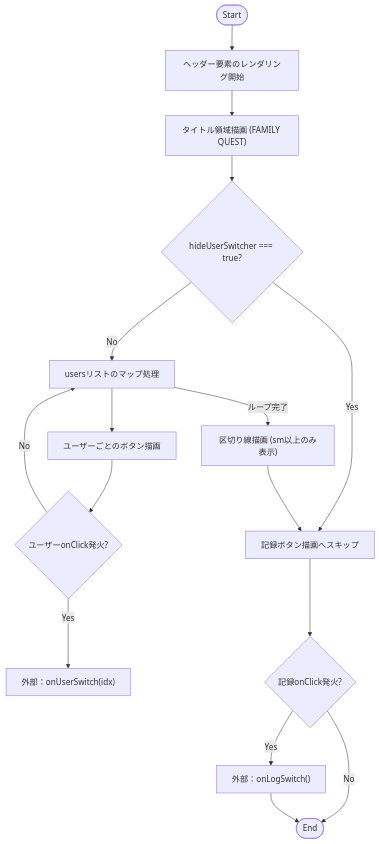
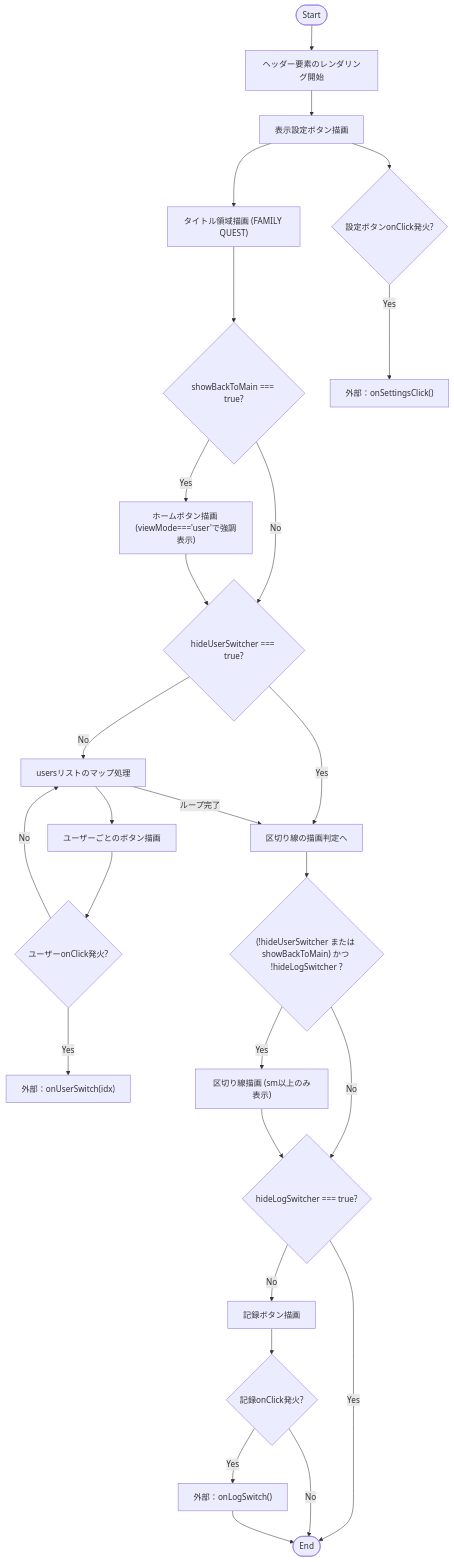
The first of 2 diagrams in docs/specifications/family-quest/src/components/layout/Header.md (mmtigers/my_python_project), drawn with Mermaid before and after one commit. The commit also changed other lines of this file and 65 other files, not shown here.

First line of the commit message:
docs(specifications): resolve spec drift across MY_HOME_SYSTEM/DDD/family-quest

````diff
--- a/docs/specifications/family-quest/src/components/layout/Header.md
+++ b/docs/specifications/family-quest/src/components/layout/Header.md
@@ -84,23 +81,36 @@
 ```mermaid
 flowchart TD
     Start([Start]) --> RenderHeader["ヘッダー要素のレンダリング開始"]
-    RenderHeader --> RenderTitle["タイトル領域描画 (FAMILY QUEST)"]
+    RenderHeader --> RenderSettingsBtn["表示設定ボタン描画"]
+    RenderSettingsBtn --> RenderTitle["タイトル領域描画 (FAMILY QUEST)"]
 
-    RenderTitle --> CheckHide{"hideUserSwitcher === true?"}
-    CheckHide -- Yes --> RenderLogBtn["記録ボタン描画へスキップ"]
-    CheckHide -- No --> LoopUsers["usersリストのマップ処理"]
+    RenderTitle --> CheckBackToMain{"showBackToMain === true?"}
+    CheckBackToMain -- Yes --> RenderHomeBtn["ホームボタン描画 (viewMode==='user'で強調表示)"]
+    CheckBackToMain -- No --> CheckHideUser
+    RenderHomeBtn --> CheckHideUser{"hideUserSwitcher === true?"}
+
+    CheckHideUser -- Yes --> CheckDivider["区切り線の描画判定へ"]
+    CheckHideUser -- No --> LoopUsers["usersリストのマップ処理"]
 
     LoopUsers --> RenderUserBtn["ユーザーごとのボタン描画"]
     RenderUserBtn --> UserClick{"ユーザーonClick発火?"}
     UserClick -- Yes --> UserSwitch["外部：onUserSwitch(idx)"]
     UserClick -- No --> LoopUsers
 
-    LoopUsers -- ループ完了 --> RenderDivider["区切り線描画 (sm以上のみ表示)"]
-    RenderDivider --> RenderLogBtn
+    LoopUsers -- ループ完了 --> CheckDivider
+    CheckDivider --> DividerCond{"(!hideUserSwitcher または showBackToMain) かつ !hideLogSwitcher ?"}
+    DividerCond -- Yes --> RenderDivider["区切り線描画 (sm以上のみ表示)"]
+    DividerCond -- No --> CheckHideLog
+    RenderDivider --> CheckHideLog{"hideLogSwitcher === true?"}
+
+    CheckHideLog -- Yes --> End([End])
+    CheckHideLog -- No --> RenderLogBtn["記録ボタン描画"]
 
     RenderLogBtn --> LogClick{"記録onClick発火?"}
     LogClick -- Yes --> LogSwitch["外部：onLogSwitch()"]
-    LogClick -- No --> End([End])
+    LogClick -- No --> End
     LogSwitch --> End
 
+    RenderSettingsBtn --> SettingsClick{"設定ボタンonClick発火?"}
+    SettingsClick -- Yes --> SettingsSwitch["外部：onSettingsClick()"]
 ```
````
